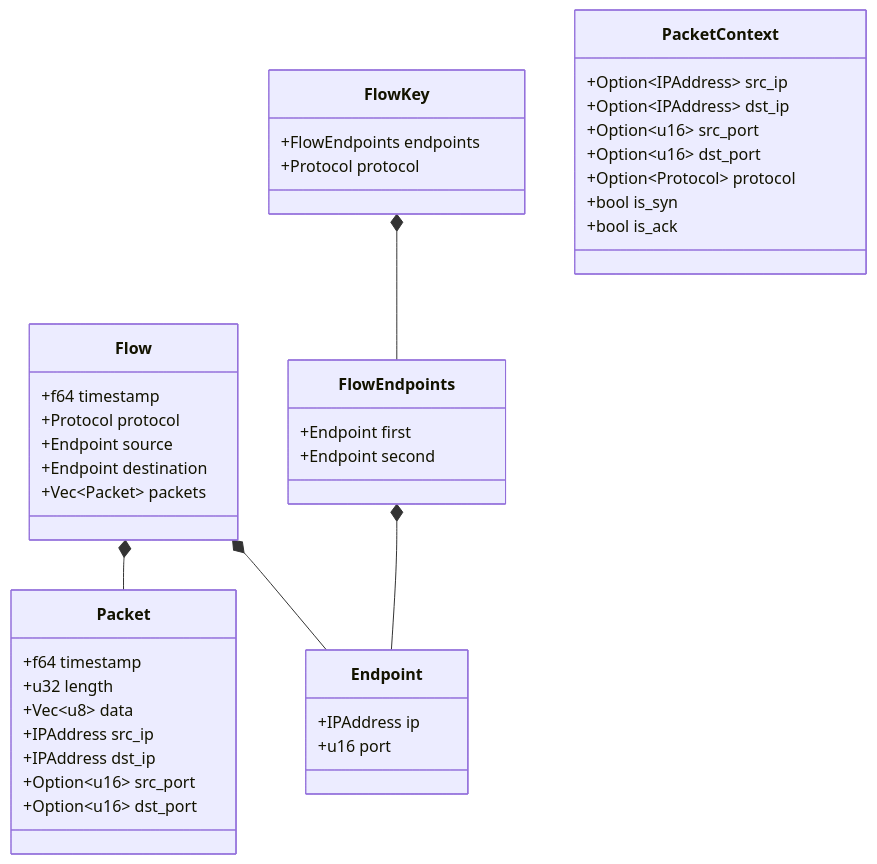
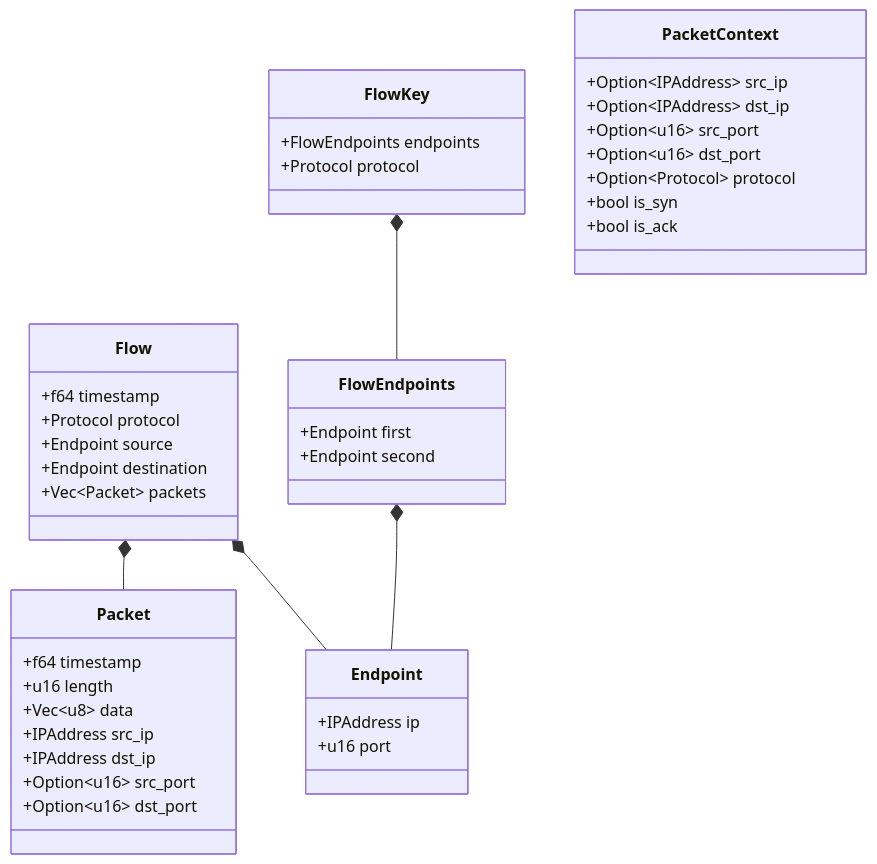
One commit to ehaughee/wirecrab changed the first of 3 diagrams in architecture.md. Above: the diagram before and after it, drawn with Mermaid. The commit also changed other lines of this file and 8 other files, not shown here.

Commit message:
flow: store packet lengths as u16

````diff
--- a/architecture.md
+++ b/architecture.md
@@ -11,45 +11,45 @@
 ```mermaid
 classDiagram
     class Flow {
         +f64 timestamp
         +Protocol protocol
         +Endpoint source
         +Endpoint destination
         +Vec~Packet~ packets
     }
     class Packet {
         +f64 timestamp
-        +u32 length
+        +u16 length
         +Vec~u8~ data
         +IPAddress src_ip
         +IPAddress dst_ip
         +Option~u16~ src_port
         +Option~u16~ dst_port
     }
     class FlowKey {
         +FlowEndpoints endpoints
         +Protocol protocol
     }
     class FlowEndpoints {
         +Endpoint first
         +Endpoint second
     }
     class Endpoint {
         +IPAddress ip
         +u16 port
     }
     class PacketContext {
         +Option~IPAddress~ src_ip
         +Option~IPAddress~ dst_ip
         +Option~u16~ src_port
         +Option~u16~ dst_port
         +Option~Protocol~ protocol
         +bool is_syn
         +bool is_ack
     }
 
     Flow *-- Endpoint
     Flow *-- Packet
     FlowKey *-- FlowEndpoints
     FlowEndpoints *-- Endpoint
 ```
````
